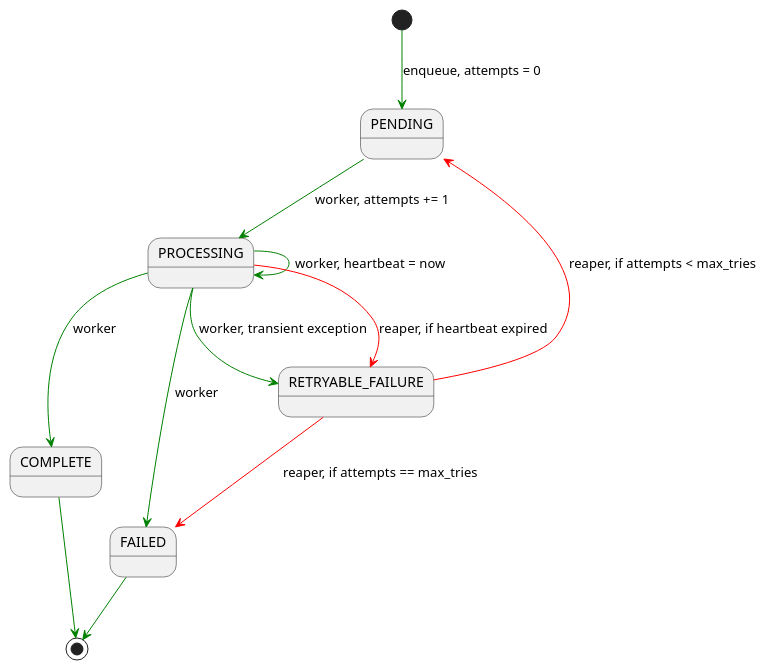
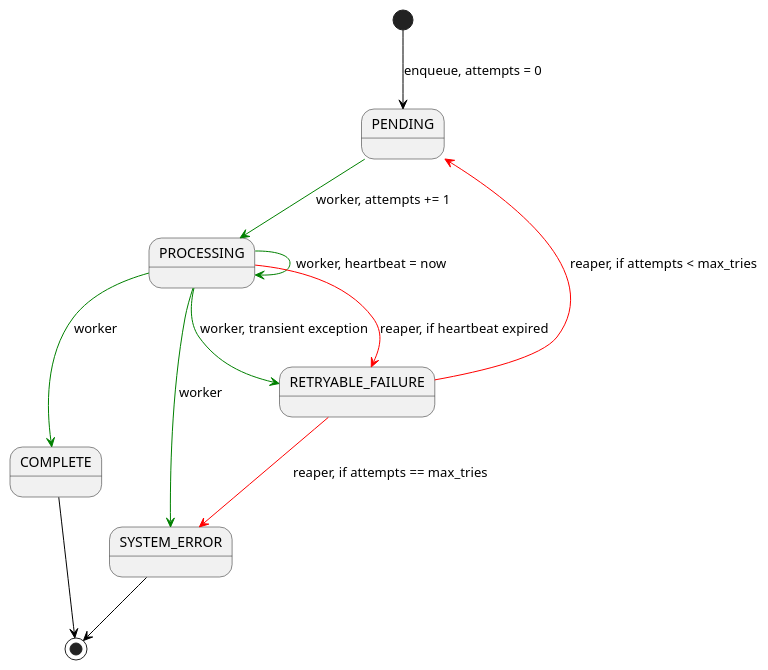
Before and after one commit to HugoLBatista/monetate-recommendations: the diagram in docs/state-diagram.puml, drawn with PlantUML.

Commit message:
-Update fail state to existing name.

```diff
--- a/docs/state-diagram.puml
+++ b/docs/state-diagram.puml
@@ -1,21 +1,21 @@
 @startuml precompute state diagram
 
-[*] -[#green]-> PENDING : enqueue, attempts = 0
+[*] -[#black]-> PENDING : enqueue, attempts = 0
 
 PENDING -[#green]-> PROCESSING : worker, attempts += 1
 
 PROCESSING -[#green]-> PROCESSING : worker, heartbeat = now
 
 PROCESSING -[#green]-> COMPLETE : worker
 PROCESSING -[#green]-> RETRYABLE_FAILURE : worker, transient exception
-PROCESSING -[#green]-> FAILED : worker
+PROCESSING -[#green]-> SYSTEM_ERROR : worker
 
 PROCESSING -[#red]-> RETRYABLE_FAILURE: reaper, if heartbeat expired
 
 RETRYABLE_FAILURE -[#red]-> PENDING : reaper, if attempts < max_tries
-RETRYABLE_FAILURE -[#red]-> FAILED : reaper, if attempts == max_tries
+RETRYABLE_FAILURE -[#red]-> SYSTEM_ERROR : reaper, if attempts == max_tries
 
-COMPLETE -[#green]-> [*]
-FAILED -[#green]-> [*]
+COMPLETE -[#black]-> [*]
+SYSTEM_ERROR -[#black]-> [*]
 
 @enduml
```
